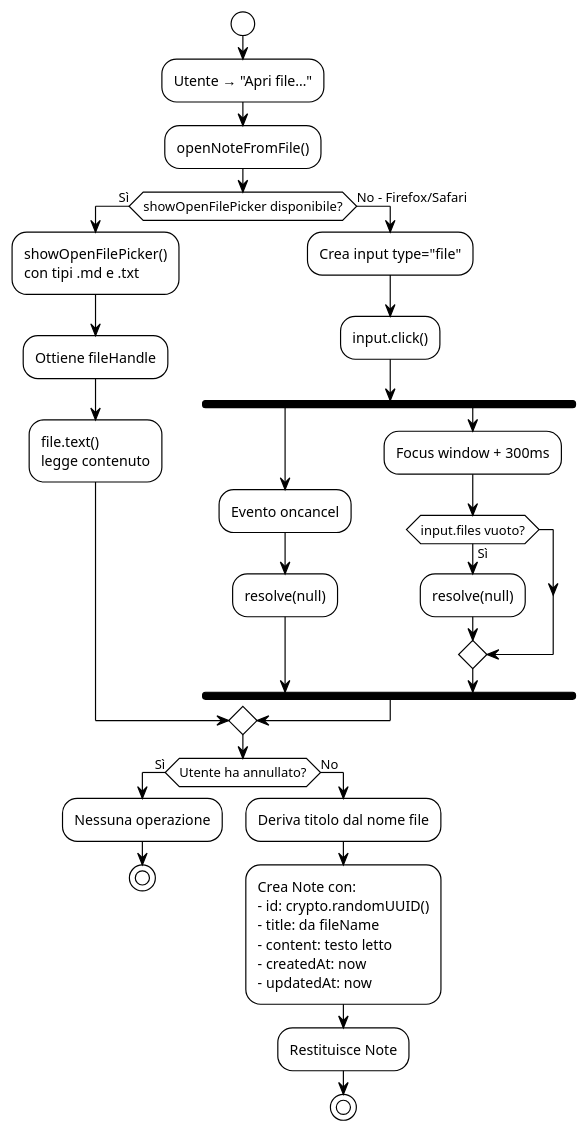
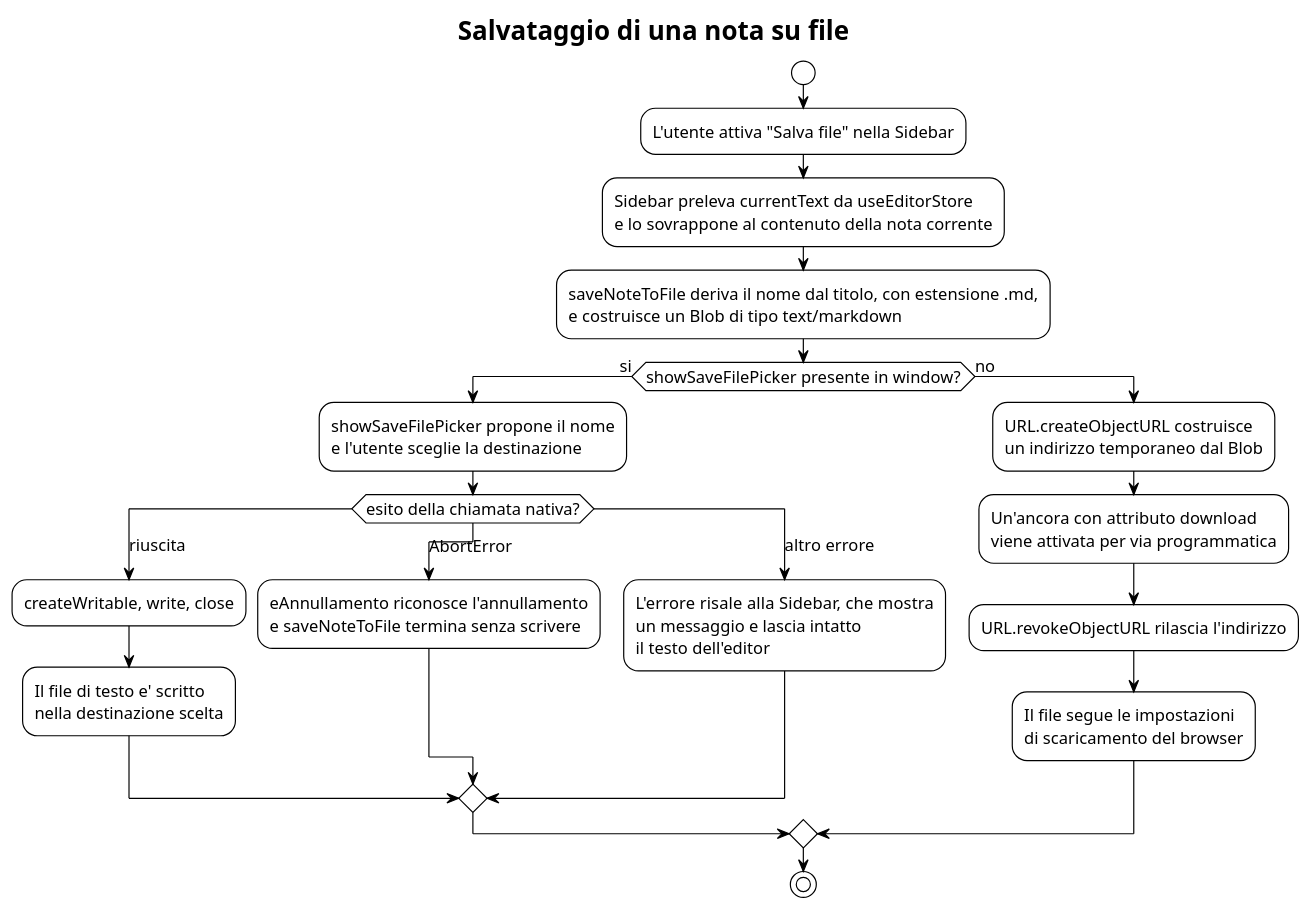
The diagram in PB/doc_esterna/specifica_tecnica/assets/plantuml/UML4.4.1-2.puml (thebitless-group-swe/thebitless.github.io), drawn with PlantUML before and after one commit. The commit also changed 15 other files, not shown here.

Commit message:
fix(ST): sistema capitolo 4.4 e i relativi diagrammi

```diff
--- a/PB/doc_esterna/specifica_tecnica/assets/plantuml/UML4.4.1-2.puml
+++ b/PB/doc_esterna/specifica_tecnica/assets/plantuml/UML4.4.1-2.puml
@@ -1,50 +1,55 @@
 @startuml
 !theme plain
 hide circle
 skinparam classAttributeIconSize 0
-skinparam componentStyle rectangle
-skinparam linetype ortho
+skinparam shadowing false
+skinparam nodesep 45
+skinparam ranksep 60
+skinparam defaultFontSize 14
+
+title Salvataggio di una nota su file
 
 start
 
-:Utente → "Apri file…";
+:L'utente attiva "Salva file" nella Sidebar;
 
-:openNoteFromFile();
+:Sidebar preleva currentText da useEditorStore
+e lo sovrappone al contenuto della nota corrente;
 
-if (showOpenFilePicker disponibile?) then (Sì)
-  :showOpenFilePicker()
-  con tipi .md e .txt;
-  :Ottiene fileHandle;
-  :file.text()\nlegge contenuto;
-else (No - Firefox/Safari)
-  :Crea input type="file";
-  :input.click();
-  
-  fork
-    :Evento oncancel;
-    :resolve(null);
-  fork again
-    :Focus window + 300ms;
-    if (input.files vuoto?) then (Sì)
-      :resolve(null);
-    endif
-  end fork
+:saveNoteToFile deriva il nome dal titolo, con estensione .md,
+e costruisce un Blob di tipo text/markdown;
+
+if (showSaveFilePicker presente in window?) then (si)
+
+  :showSaveFilePicker propone il nome
+  e l'utente sceglie la destinazione;
+
+  switch (esito della chiamata nativa?)
+  case (riuscita)
+    :createWritable, write, close;
+    :Il file di testo e' scritto
+    nella destinazione scelta;
+  case (AbortError)
+    :eAnnullamento riconosce l'annullamento
+    e saveNoteToFile termina senza scrivere;
+  case (altro errore)
+    :L'errore risale alla Sidebar, che mostra
+    un messaggio e lascia intatto
+    il testo dell'editor;
+  endswitch
+
+else (no)
+
+  :URL.createObjectURL costruisce
+  un indirizzo temporaneo dal Blob;
+  :Un'ancora con attributo download
+  viene attivata per via programmatica;
+  :URL.revokeObjectURL rilascia l'indirizzo;
+  :Il file segue le impostazioni
+  di scaricamento del browser;
+
 endif
 
-if (Utente ha annullato?) then (Sì)
-  :Nessuna operazione;
-  stop
-else (No)
-  :Deriva titolo dal nome file;
-  :Crea Note con:
-  - id: crypto.randomUUID()
-  - title: da fileName
-  - content: testo letto
-  - createdAt: now
-  - updatedAt: now;
-  
-  :Restituisce Note;
-  stop
-endif
+stop
 
 @enduml
```
